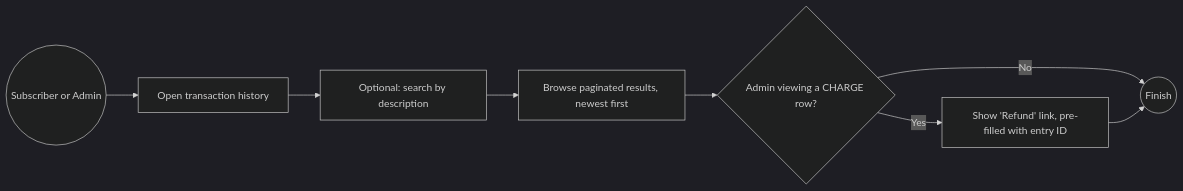
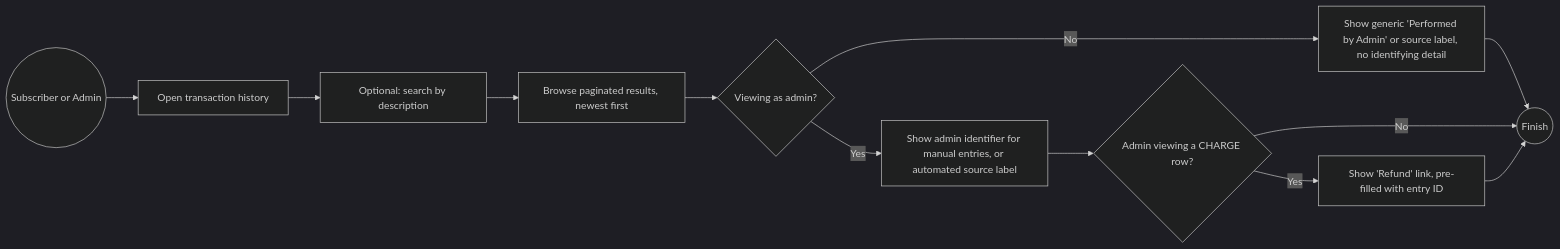
The first of 2 diagrams in docs/features/transaction-history-5.md (m000gg/unit-billing), drawn with Mermaid (dark theme) before and after one commit. The commit also changed other lines of this file and 14 other files, not shown here.

````diff
--- a/docs/features/transaction-history-5.md
+++ b/docs/features/transaction-history-5.md
@@ -30,10 +31,14 @@
 ```mermaid
 flowchart LR
     Start((Subscriber or Admin)) --> OpenLedger[Open transaction history]
     OpenLedger --> Search[Optional: search by description]
     Search --> Paginate[Browse paginated results, newest first]
-    Paginate --> RefundCheck{Admin viewing a CHARGE row?}
+    Paginate --> SourceCheck{Viewing as admin?}
+    SourceCheck -- Yes --> ShowAdminSource[Show admin identifier for manual entries, or automated source label]
+    SourceCheck -- No --> ShowClientSource[Show generic 'Performed by Admin' or source label, no identifying detail]
+    ShowAdminSource --> RefundCheck{Admin viewing a CHARGE row?}
+    ShowClientSource --> End((Finish))
     RefundCheck -- Yes --> RefundLink[Show 'Refund' link, pre-filled with entry ID]
-    RefundCheck -- No --> End((Finish))
+    RefundCheck -- No --> End
     RefundLink --> End
 ```
````
